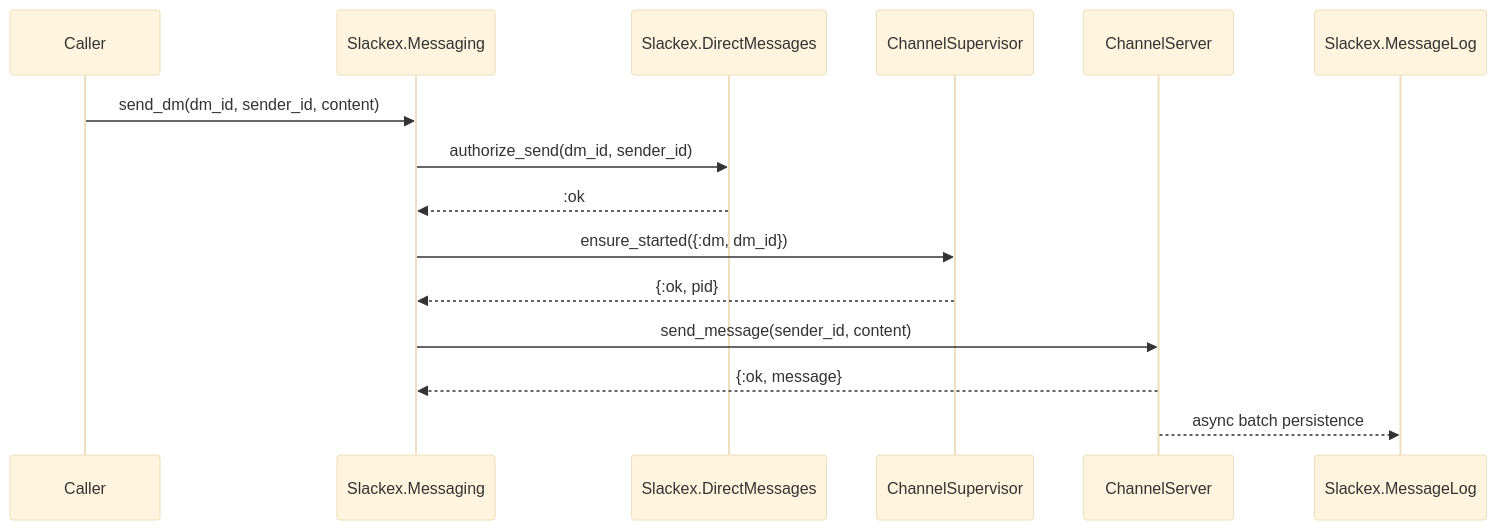
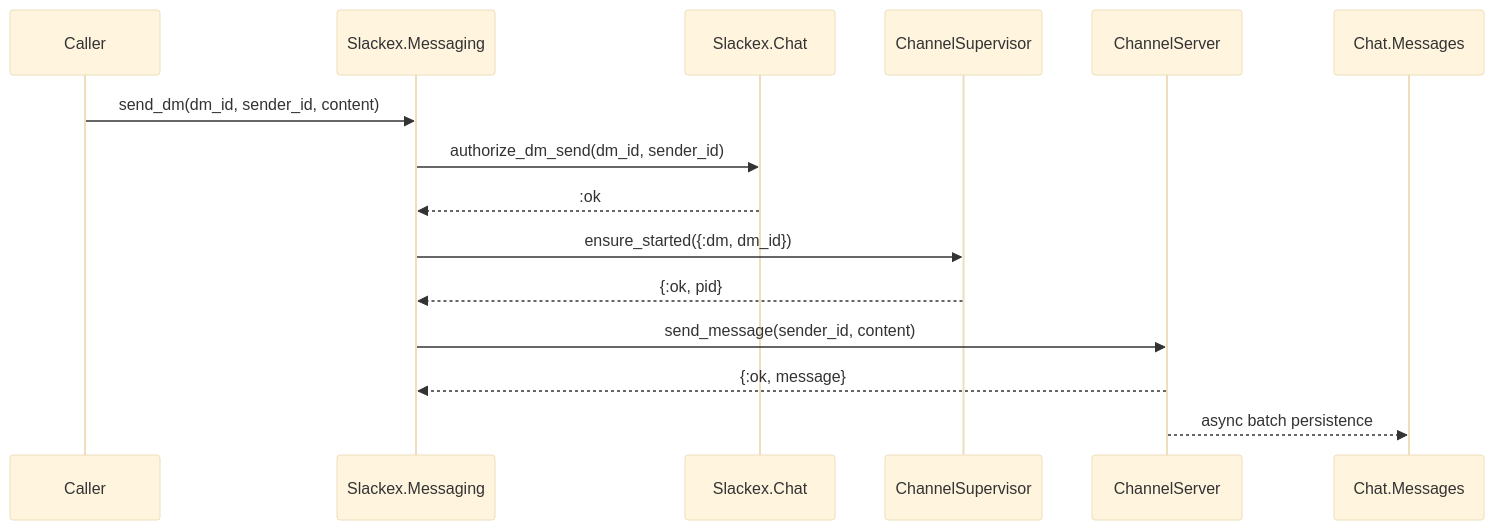
The fourth of 4 diagrams in docs/architecture/chat-domain-as-is-to-be.md (d-j-will/slackex), drawn with Mermaid (base theme) before and after one commit. The commit also changed other lines of this file and 1 other file, not shown here.

First line of the commit message:
docs(architecture): chat to-be — deepen Slackex.Chat facade, not split it

````diff
--- a/docs/architecture/chat-domain-as-is-to-be.md
+++ b/docs/architecture/chat-domain-as-is-to-be.md
@@ -303,18 +307,18 @@
 ```mermaid
 sequenceDiagram
   participant Caller
   participant Messaging as Slackex.Messaging
-  participant DMs as Slackex.DirectMessages
+  participant Chat as Slackex.Chat
   participant Sup as ChannelSupervisor
   participant Server as ChannelServer
-  participant Store as Slackex.MessageLog
+  participant Store as Chat.Messages
 
   Caller->>Messaging: send_dm(dm_id, sender_id, content)
-  Messaging->>DMs: authorize_send(dm_id, sender_id)
-  DMs-->>Messaging: :ok
+  Messaging->>Chat: authorize_dm_send(dm_id, sender_id)
+  Chat-->>Messaging: :ok
   Messaging->>Sup: ensure_started({:dm, dm_id})
   Sup-->>Messaging: {:ok, pid}
   Messaging->>Server: send_message(sender_id, content)
   Server-->>Messaging: {:ok, message}
   Server-->>Store: async batch persistence
 ```
````
